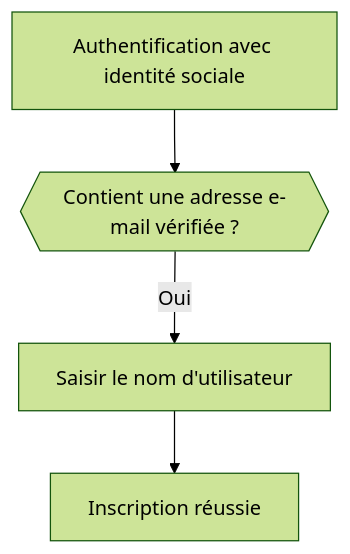
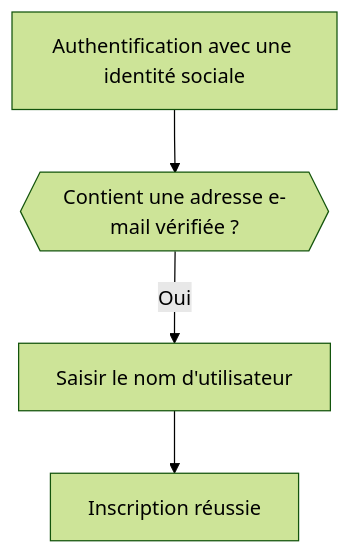
The third of 6 diagrams in i18n/fr/docusaurus-plugin-content-docs/current/end-user-flows/sign-up-and-sign-in/social-sign-in.mdx (logto-io/docs), drawn with Mermaid (forest theme) before and after one commit. The commit also changed other lines of this file and 59 other files, not shown here.

````diff
--- a/i18n/fr/docusaurus-plugin-content-docs/current/end-user-flows/sign-up-and-sign-in/social-sign-in.mdx
+++ b/i18n/fr/docusaurus-plugin-content-docs/current/end-user-flows/sign-up-and-sign-in/social-sign-in.mdx
@@ -135,6 +110,6 @@
    ```mermaid
    flowchart TD
-      A[Authentification avec identité sociale] --> B{{Contient une adresse e-mail vérifiée ?}}
+      A[Authentification avec une identité sociale] --> B{{Contient une adresse e-mail vérifiée ?}}
       B -- Oui --> C[Saisir le nom d'utilisateur]
       C --> D[Inscription réussie]
    ```
````
